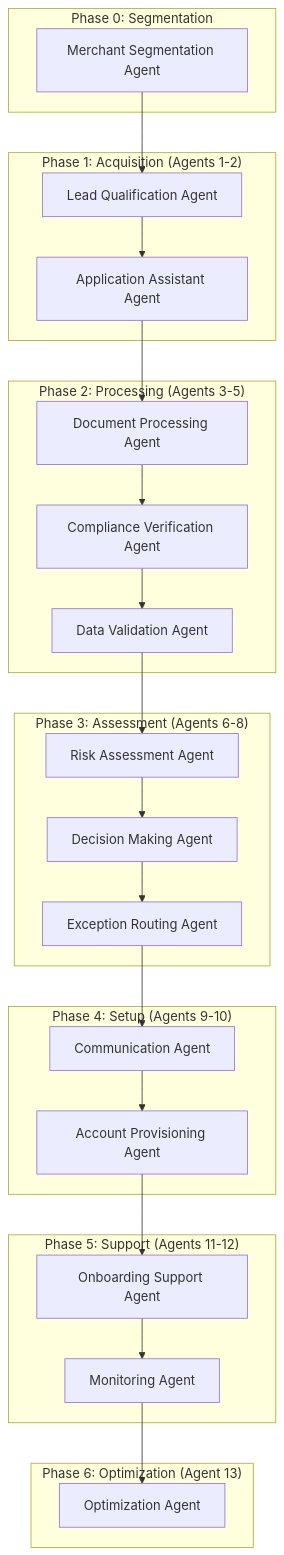
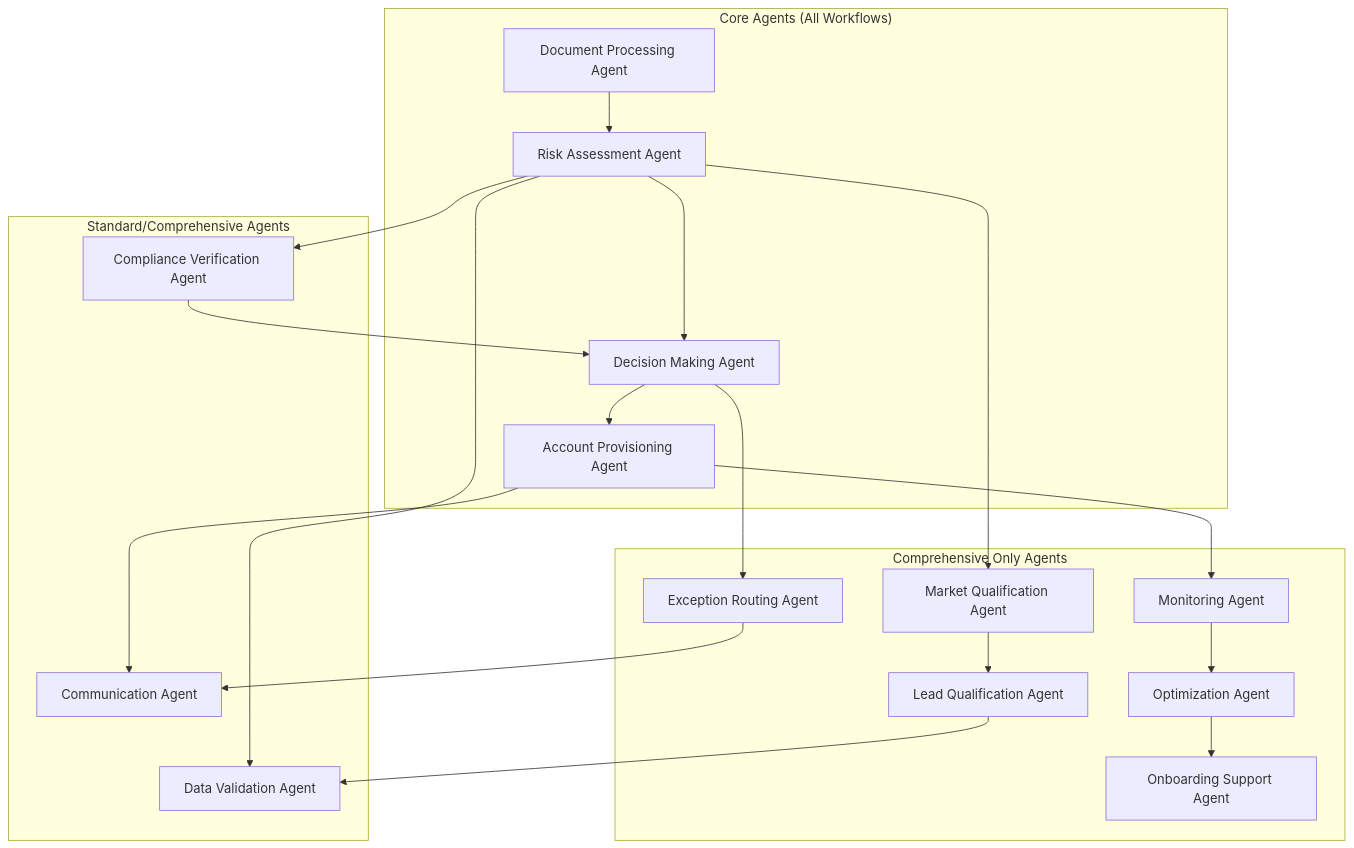
Before and after one commit to rishi154/merchant-onboarding: the second of 11 diagrams in merchant-onboarding/AI_Agent_Architecture_Diagrams.md, drawn with Mermaid. The commit also changed other lines of this file and 20 other files, not shown here.

````diff
--- a/merchant-onboarding/AI_Agent_Architecture_Diagrams.md
+++ b/merchant-onboarding/AI_Agent_Architecture_Diagrams.md
@@ -31,51 +35,42 @@
 ```mermaid
 graph TB
-    subgraph "Phase 0: Segmentation"
-        A0[Merchant Segmentation Agent]
+    subgraph "Core Agents (All Workflows)"
+        A1[Document Processing Agent]
+        A2[Risk Assessment Agent]
+        A3[Decision Making Agent]
+        A4[Account Provisioning Agent]
     end
     
-    subgraph "Phase 1: Acquisition (Agents 1-2)"
-        A1[Lead Qualification Agent]
-        A2[Application Assistant Agent]
+    subgraph "Standard/Comprehensive Agents"
+        A5[Data Validation Agent]
+        A6[Compliance Verification Agent]
+        A7[Communication Agent]
     end
     
-    subgraph "Phase 2: Processing (Agents 3-5)"
-        A3[Document Processing Agent]
-        A4[Compliance Verification Agent]
-        A5[Data Validation Agent]
+    subgraph "Comprehensive Only Agents"
+        A8[Market Qualification Agent]
+        A9[Lead Qualification Agent]
+        A10[Exception Routing Agent]
+        A11[Monitoring Agent]
+        A12[Optimization Agent]
+        A13[Onboarding Support Agent]
     end
     
-    subgraph "Phase 3: Assessment (Agents 6-8)"
-        A6[Risk Assessment Agent]
-        A7[Decision Making Agent]
-        A8[Exception Routing Agent]
-    end
-    
-    subgraph "Phase 4: Setup (Agents 9-10)"
-        A9[Communication Agent]
-        A10[Account Provisioning Agent]
-    end
-    
-    subgraph "Phase 5: Support (Agents 11-12)"
-        A11[Onboarding Support Agent]
-        A12[Monitoring Agent]
-    end
-    
-    subgraph "Phase 6: Optimization (Agent 13)"
-        A13[Optimization Agent]
-    end
-    
-    A0 --> A1
     A1 --> A2
     A2 --> A3
     A3 --> A4
-    A4 --> A5
-    A5 --> A6
-    A6 --> A7
-    A7 --> A8
+    
+    A2 --> A5
+    A2 --> A6
+    A6 --> A3
+    A4 --> A7
+    
+    A2 --> A8
     A8 --> A9
-    A9 --> A10
-    A10 --> A11
+    A9 --> A5
+    A3 --> A10
+    A10 --> A7
+    A4 --> A11
     A11 --> A12
     A12 --> A13
 ```
````
